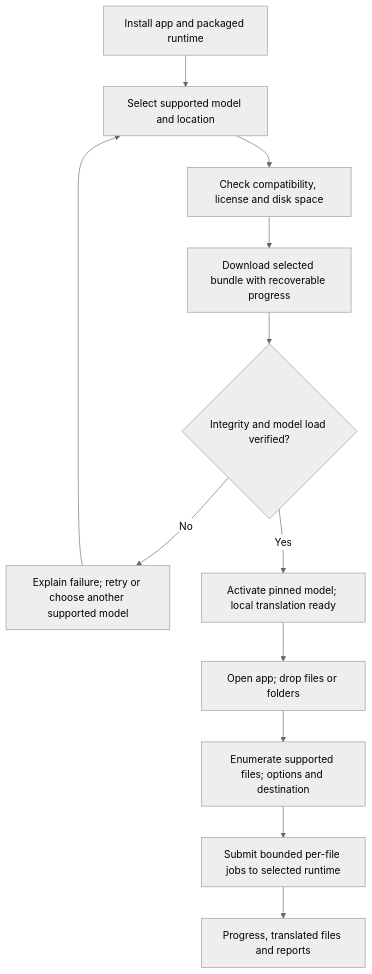
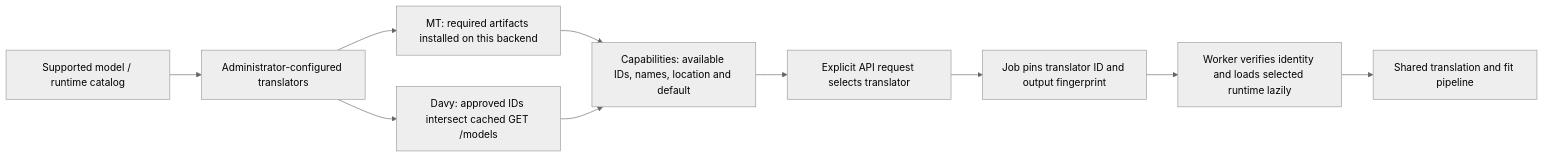
The fourth of 19 diagrams in docs/Architecture.md (mlei06/document-translator), drawn with Mermaid (neutral theme) before and after one commit. The commit also changed other lines of this file and 337 other files, not shown here.

````diff
--- a/docs/Architecture.md
+++ b/docs/Architecture.md
@@ -122,14 +160,12 @@
 ```mermaid
-flowchart TD
-    SETUP["Install app and packaged runtime"] --> SELECT["Select supported model and location"]
-    SELECT --> CHECK["Check compatibility, license and disk space"]
-    CHECK --> DOWNLOAD["Download selected bundle with recoverable progress"]
-    DOWNLOAD --> VERIFY{"Integrity and model load verified?"}
-    VERIFY -->|No| RETRY["Explain failure; retry or choose another supported model"]
-    RETRY --> SELECT
-    VERIFY -->|Yes| READY["Activate pinned model; local translation ready"]
-    READY --> DROP["Open app; drop files or folders"]
-    DROP --> PREVIEW["Enumerate supported files; options and destination"]
-    PREVIEW --> JOBS["Submit bounded per-file jobs to selected runtime"]
-    JOBS --> OUTPUT["Progress, translated files and reports"]
+flowchart LR
+    SUPPORTED["Supported model / runtime catalog"] --> CONFIG["Administrator-configured translators"]
+    CONFIG --> LOCAL["MT: required artifacts installed on this backend"]
+    CONFIG --> DAVY["Davy: approved IDs intersect cached GET /models"]
+    LOCAL --> CAP["Capabilities: available IDs, names, location and default"]
+    DAVY --> CAP
+    CAP --> SELECT["Explicit API request selects translator"]
+    SELECT --> JOB["Job pins translator ID and output fingerprint"]
+    JOB --> WORKER["Worker verifies identity and loads selected runtime lazily"]
+    WORKER --> CORE["Shared translation and fit pipeline"]
 ```
````
